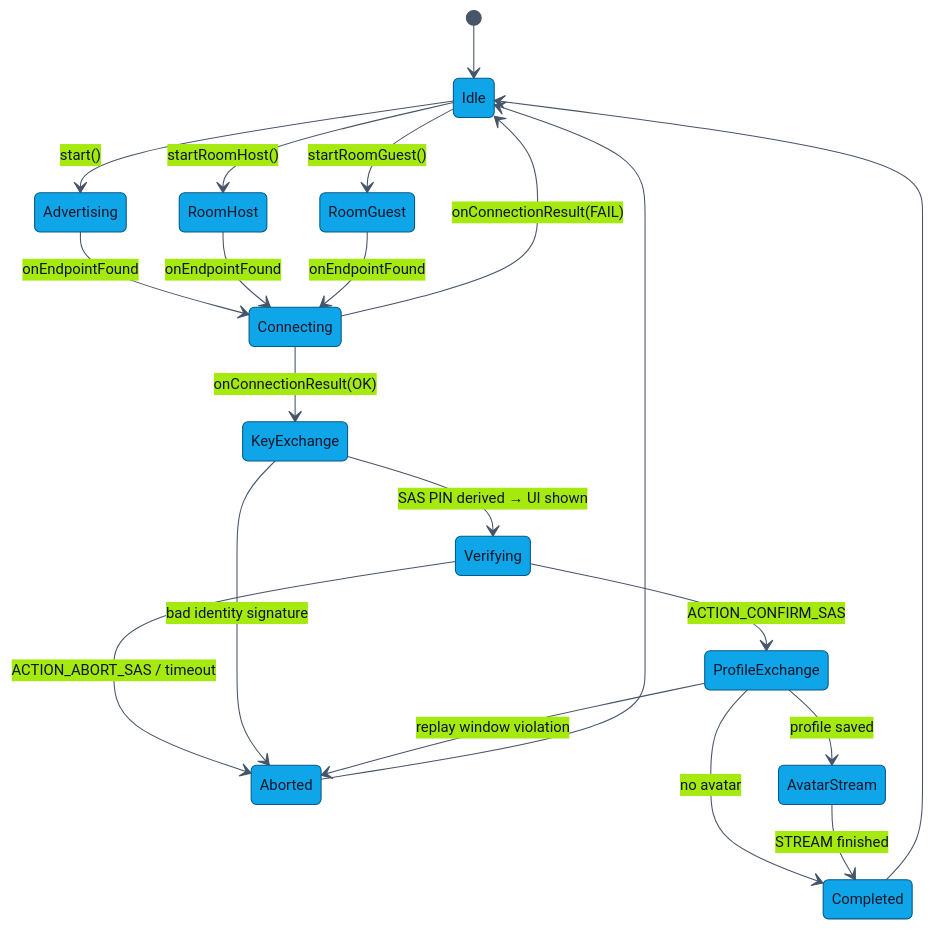
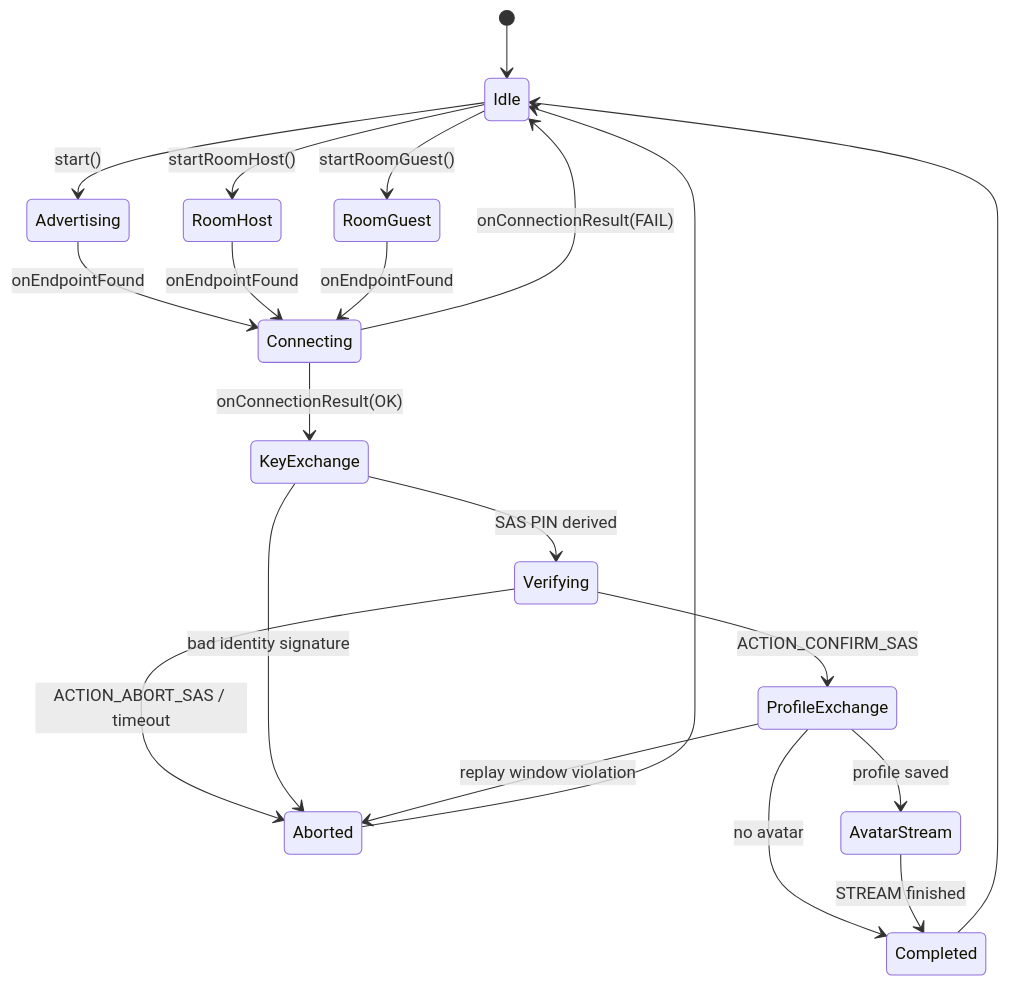
One commit to Yash-Awasthi/Aura changed the third of 4 diagrams in docs/ARCHITECTURE.md. Above: the diagram before and after it, drawn with Mermaid. The commit also changed other lines of this file and 8 other files, not shown here.

````diff
--- a/docs/ARCHITECTURE.md
+++ b/docs/ARCHITECTURE.md
@@ -218,30 +83,22 @@
 ```mermaid
-%%{init: {'theme':'base','themeVariables':{
-  'fontFamily':'ui-monospace, SFMono-Regular, Menlo, Monaco, monospace',
-  'fontSize':'14px',
-  'primaryColor':'#0EA5E9',
-  'primaryTextColor':'#0F172A',
-  'primaryBorderColor':'#075985',
-  'lineColor':'#475569'
-}}}%%
 stateDiagram-v2
     [*] --> Idle
     Idle --> Advertising: start()
     Idle --> RoomHost: startRoomHost()
     Idle --> RoomGuest: startRoomGuest()
     Advertising --> Connecting: onEndpointFound
     RoomHost --> Connecting: onEndpointFound
     RoomGuest --> Connecting: onEndpointFound
     Connecting --> KeyExchange: onConnectionResult(OK)
     Connecting --> Idle: onConnectionResult(FAIL)
-    KeyExchange --> Verifying: SAS PIN derived → UI shown
+    KeyExchange --> Verifying: SAS PIN derived
     Verifying --> ProfileExchange: ACTION_CONFIRM_SAS
     Verifying --> Aborted: ACTION_ABORT_SAS / timeout
     ProfileExchange --> AvatarStream: profile saved
     ProfileExchange --> Completed: no avatar
     AvatarStream --> Completed: STREAM finished
     Completed --> Idle
     KeyExchange --> Aborted: bad identity signature
     ProfileExchange --> Aborted: replay window violation
     Aborted --> Idle
 ```
````
